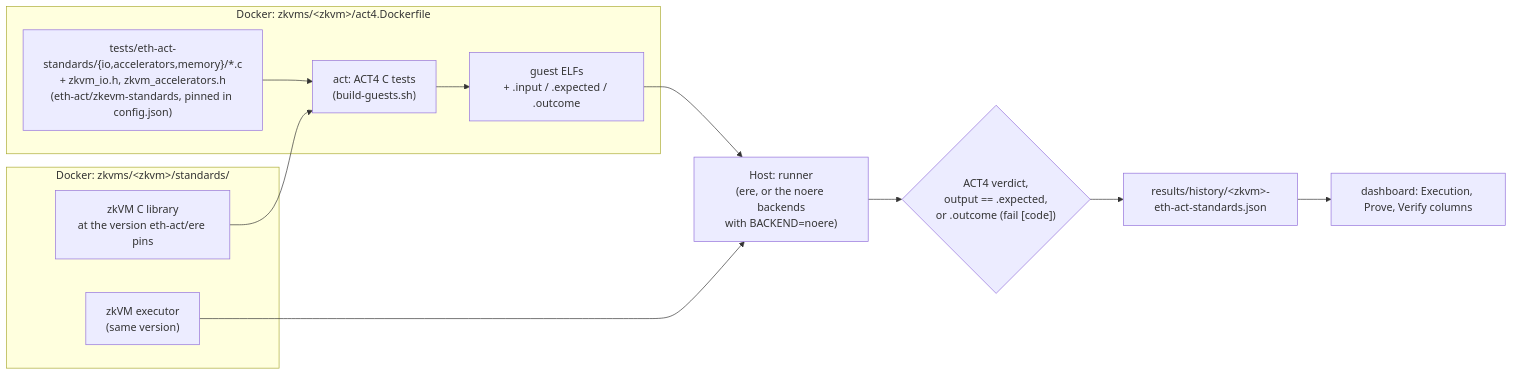
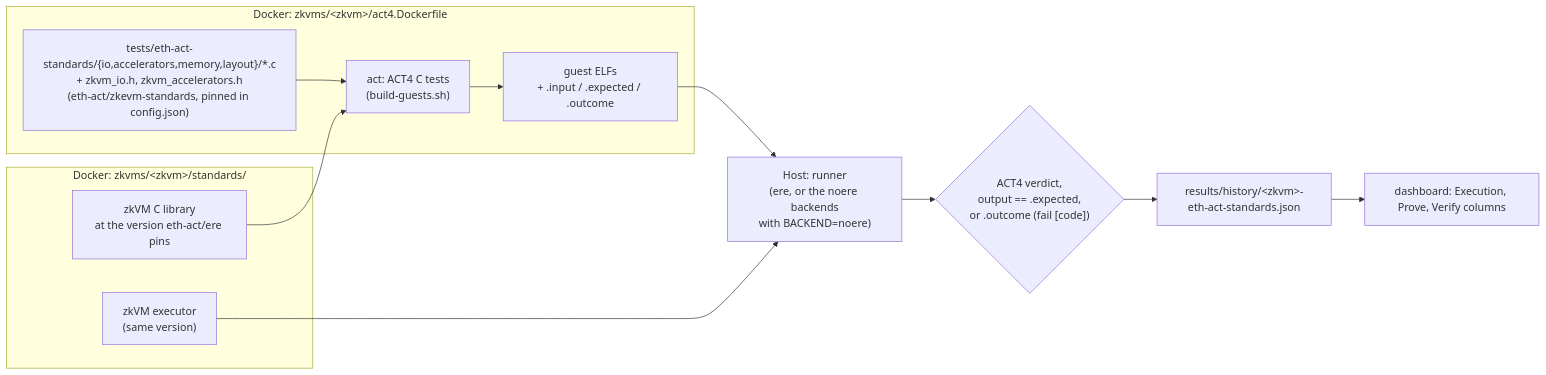
Before and after one commit to eth-act/zkevm-test-monitor: the second of 2 diagrams in README.md, drawn with Mermaid. The commit also changed other lines of this file and 4 other files, not shown here.

First line of the commit message:
Docs: the memory layout tests

````diff
--- a/README.md
+++ b/README.md
@@ -56,17 +56,17 @@
 ```mermaid
 flowchart LR
     subgraph image["Docker: zkvms/&lt;zkvm&gt;/standards/"]
         vendor["zkVM C library<br/>at the version eth-act/ere pins"]
         exe["zkVM executor<br/>(same version)"]
     end
     subgraph act["Docker: zkvms/&lt;zkvm&gt;/act4.Dockerfile"]
-        src["tests/eth-act-standards/{io,accelerators,memory}/*.c<br/>+ zkvm_io.h, zkvm_accelerators.h<br/>(eth-act/zkevm-standards, pinned in config.json)"] --> build["act: ACT4 C tests<br/>(build-guests.sh)"]
+        src["tests/eth-act-standards/{io,accelerators,memory,layout}/*.c<br/>+ zkvm_io.h, zkvm_accelerators.h<br/>(eth-act/zkevm-standards, pinned in config.json)"] --> build["act: ACT4 C tests<br/>(build-guests.sh)"]
         build --> elfs["guest ELFs<br/>+ .input / .expected / .outcome"]
     end
     vendor --> build
     elfs --> runner["Host: runner<br/>(ere, or the noere backends<br/>with BACKEND=noere)"]
     exe --> runner
     runner --> verdict{"ACT4 verdict,<br/>output == .expected,<br/>or .outcome (fail [code])"}
     verdict --> hist["results/history/&lt;zkvm&gt;-eth-act-standards.json"]
     hist --> dash["dashboard: Execution, Prove, Verify columns"]
 ```
````
